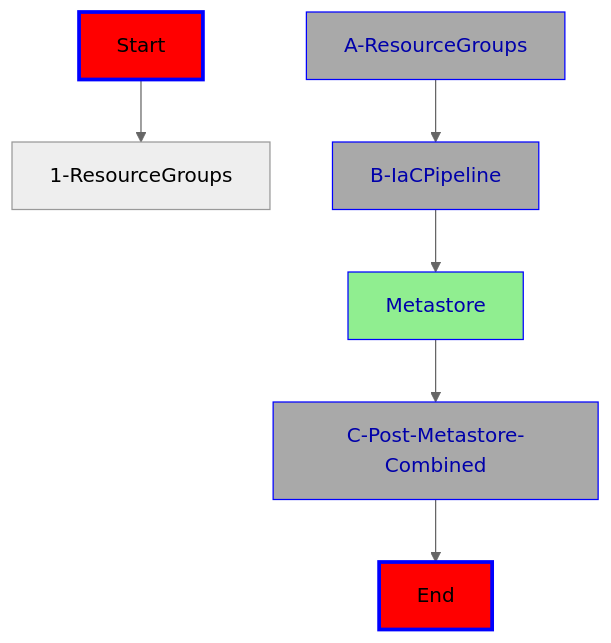
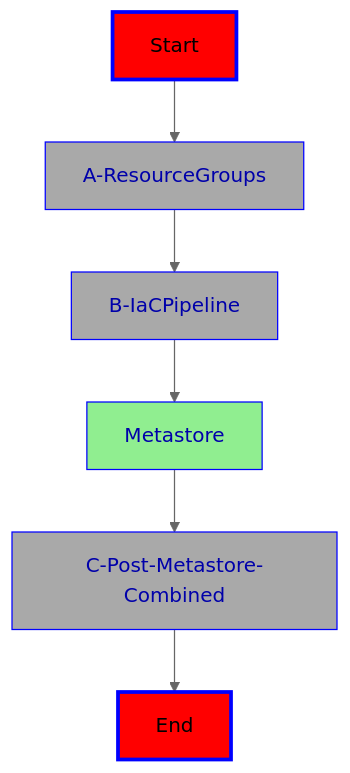
The diagram in iac-adb-360/README.md (Azure/Databricks360), drawn with Mermaid (neutral theme) before and after one commit.

Commit message:
fixed mermaid

````diff
--- a/iac-adb-360/README.md
+++ b/iac-adb-360/README.md
@@ -130,15 +130,15 @@
 ```mermaid
 flowchart TD
-Start --> 1-ResourceGroups
+Start --> A-ResourceGroups
 style Start fill:red,stroke:blue,stroke-width:3px,shadow:shadow
 A-ResourceGroups --> B-IaCPipeline
 style A-ResourceGroups fill:darkgray,stroke:blue,stroke-witdth:3px,shadow:shadow,color:#0000aa
 B-IaCPipeline --> Metastore
 style B-IaCPipeline fill:darkgray,stroke:blue,stroke-witdth:3px,shadow:shadow,color:#0000aa
 Metastore --> C-Post-Metastore-Combined
 style Metastore fill:lightgreen,stroke:blue,stroke-witdth:3px,shadow:shadow,color:#0000aa
 C-Post-Metastore-Combined --> End
 style C-Post-Metastore-Combined fill:darkgray,stroke:blue,stroke-witdth:3px,shadow:shadow,color:#0000aa
 style End fill:red,stroke:blue,stroke-width:3px,shadow:shadow
 
 ```
````
